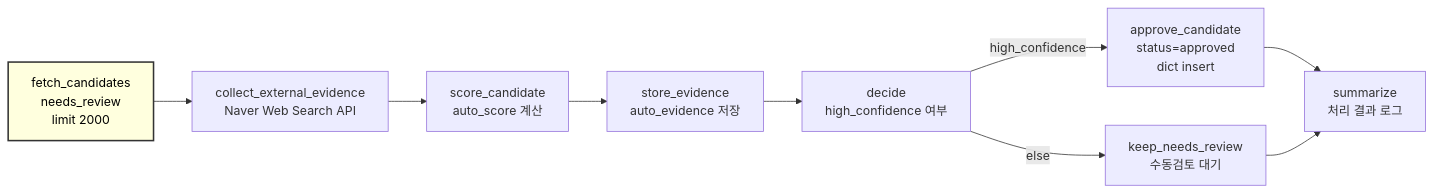
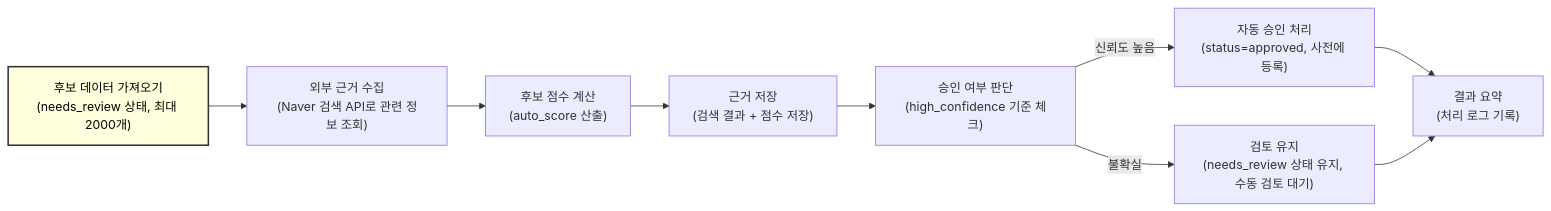
One commit to yeongmin-yu/news-trend-pipeline-dev changed the fifth of 6 diagrams in docs/develop/Q3_AIRFLOW_DAG.md. Above: the diagram before and after it, drawn with Mermaid.

Commit message:
Update task structure in Q3_AIRFLOW_DAG.md

````diff
--- a/docs/develop/Q3_AIRFLOW_DAG.md
+++ b/docs/develop/Q3_AIRFLOW_DAG.md
@@ -402,13 +402,20 @@
 ```mermaid
 flowchart LR
-    A["fetch_candidates<br/>needs_review<br/>limit 2000"] --> B["collect_external_evidence<br/>Naver Web Search API"]
-    B --> C["score_candidate<br/>auto_score 계산"]
-    C --> D["store_evidence<br/>auto_evidence 저장"]
-    D --> E["decide<br/>high_confidence 여부"]
-    E -->|"high_confidence"| F["approve_candidate<br/>status=approved<br/>dict insert"]
-    E -->|"else"| G["keep_needs_review<br/>수동검토 대기"]
-    F --> H["summarize<br/>처리 결과 로그"]
+    A["후보 데이터 가져오기<br/>(needs_review 상태, 최대 2000개)"] 
+        --> B["외부 근거 수집<br/>(Naver 검색 API로 관련 정보 조회)"]
+
+    B --> C["후보 점수 계산<br/>(auto_score 산출)"]
+
+    C --> D["근거 저장<br/>(검색 결과 + 점수 저장)"]
+
+    D --> E["승인 여부 판단<br/>(high_confidence 기준 체크)"]
+
+    E -->|"신뢰도 높음"| F["자동 승인 처리<br/>(status=approved, 사전에 등록)"]
+
+    E -->|"불확실"| G["검토 유지<br/>(needs_review 상태 유지, 수동 검토 대기)"]
+
+    F --> H["결과 요약<br/>(처리 로그 기록)"]
     G --> H
 
     style A fill:#ffffde,stroke:#333,stroke-width:2px,color:black
 ```
````
